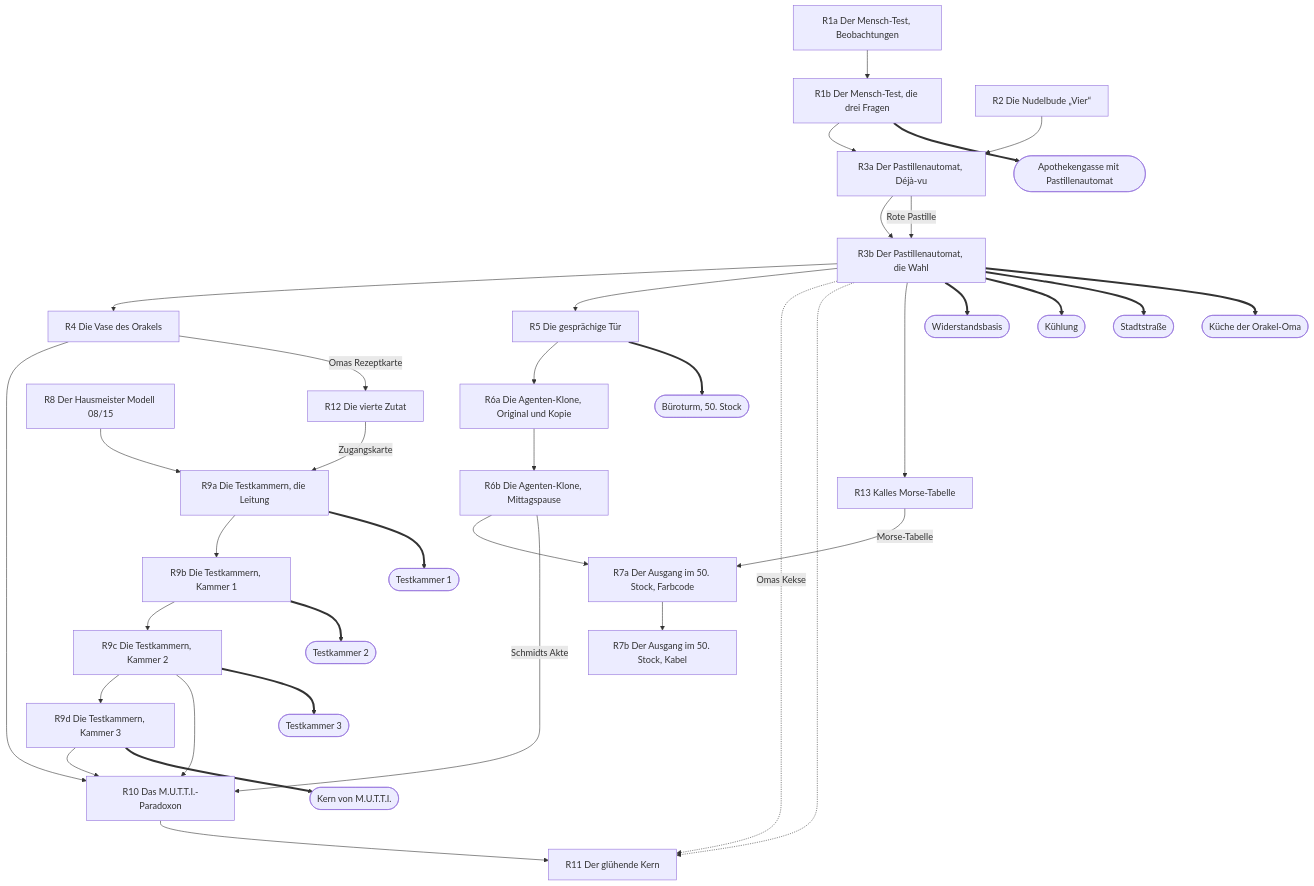
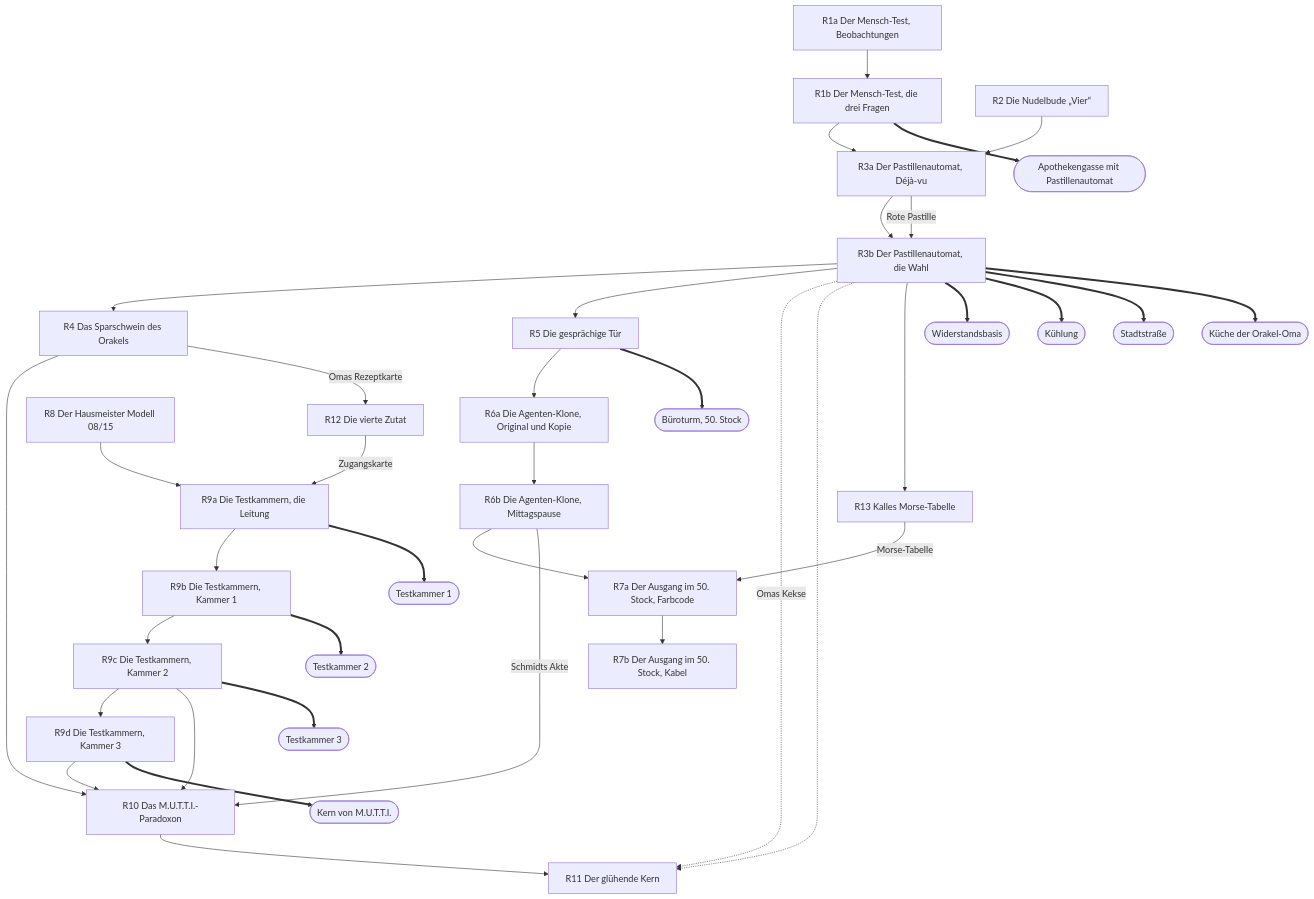
One commit to seb-nsu/Max-against-the-world changed the fourth of 6 diagrams in docs/raetsel/abhaengigkeiten.md. Above: the diagram before and after it, drawn with Mermaid. The commit also changed 47 other files, not shown here.

````diff
--- a/docs/raetsel/abhaengigkeiten.md
+++ b/docs/raetsel/abhaengigkeiten.md
@@ -180,70 +180,70 @@
 ```mermaid
 flowchart TD
   R1a["R1a Der Mensch-Test, Beobachtungen"]
   R1b["R1b Der Mensch-Test, die drei Fragen"]
   R2["R2 Die Nudelbude „Vier“"]
   R3a["R3a Der Pastillenautomat, Déjà-vu"]
   R3b["R3b Der Pastillenautomat, die Wahl"]
-  R4["R4 Die Vase des Orakels"]
+  R4["R4 Das Sparschwein des Orakels"]
   R5["R5 Die gesprächige Tür"]
   R6a["R6a Die Agenten-Klone, Original und Kopie"]
   R6b["R6b Die Agenten-Klone, Mittagspause"]
   R7a["R7a Der Ausgang im 50. Stock, Farbcode"]
   R7b["R7b Der Ausgang im 50. Stock, Kabel"]
   R8["R8 Der Hausmeister Modell 08/15"]
   R9a["R9a Die Testkammern, die Leitung"]
   R9b["R9b Die Testkammern, Kammer 1"]
   R9c["R9c Die Testkammern, Kammer 2"]
   R9d["R9d Die Testkammern, Kammer 3"]
   R10["R10 Das M.U.T.T.I.-Paradoxon"]
   R11["R11 Der glühende Kern"]
   R12["R12 Die vierte Zutat"]
   R13["R13 Kalles Morse-Tabelle"]
   R1a --> R1b
   R1b --> R3a
   R2 --> R3a
   R3a --> R3b
   R3a -->|"Rote Pastille"| R3b
   R3b --> R4
   R3b --> R5
   R5 --> R6a
   R6a --> R6b
   R6b --> R7a
   R13 -->|"Morse-Tabelle"| R7a
   R7a --> R7b
   R8 --> R9a
   R12 -->|"Zugangskarte"| R9a
   R9a --> R9b
   R9b --> R9c
   R9c --> R9d
   R4 --> R10
   R6b -->|"Schmidts Akte"| R10
   R9c --> R10
   R9d --> R10
   R10 --> R11
   R3b -.->|"Omas Kekse"| R11
   R3b -.-> R11
   R4 -->|"Omas Rezeptkarte"| R12
   R3b --> R13
   raum_apothekengasse(["Apothekengasse mit Pastillenautomat"])
   R1b ==> raum_apothekengasse
   raum_widerstandsbasis(["Widerstandsbasis"])
   R3b ==> raum_widerstandsbasis
   raum_kuehlung(["Kühlung"])
   R3b ==> raum_kuehlung
   raum_stadtstrasse(["Stadtstraße"])
   R3b ==> raum_stadtstrasse
   raum_kueche_orakel(["Küche der Orakel-Oma"])
   R3b ==> raum_kueche_orakel
   raum_buero_50(["Büroturm, 50. Stock"])
   R5 ==> raum_buero_50
   raum_testkammer_1(["Testkammer 1"])
   R9a ==> raum_testkammer_1
   raum_testkammer_2(["Testkammer 2"])
   R9b ==> raum_testkammer_2
   raum_testkammer_3(["Testkammer 3"])
   R9c ==> raum_testkammer_3
   raum_kern(["Kern von M.U.T.T.I."])
   R9d ==> raum_kern
   classDef frei stroke-dasharray: 5 5
 ```
````
